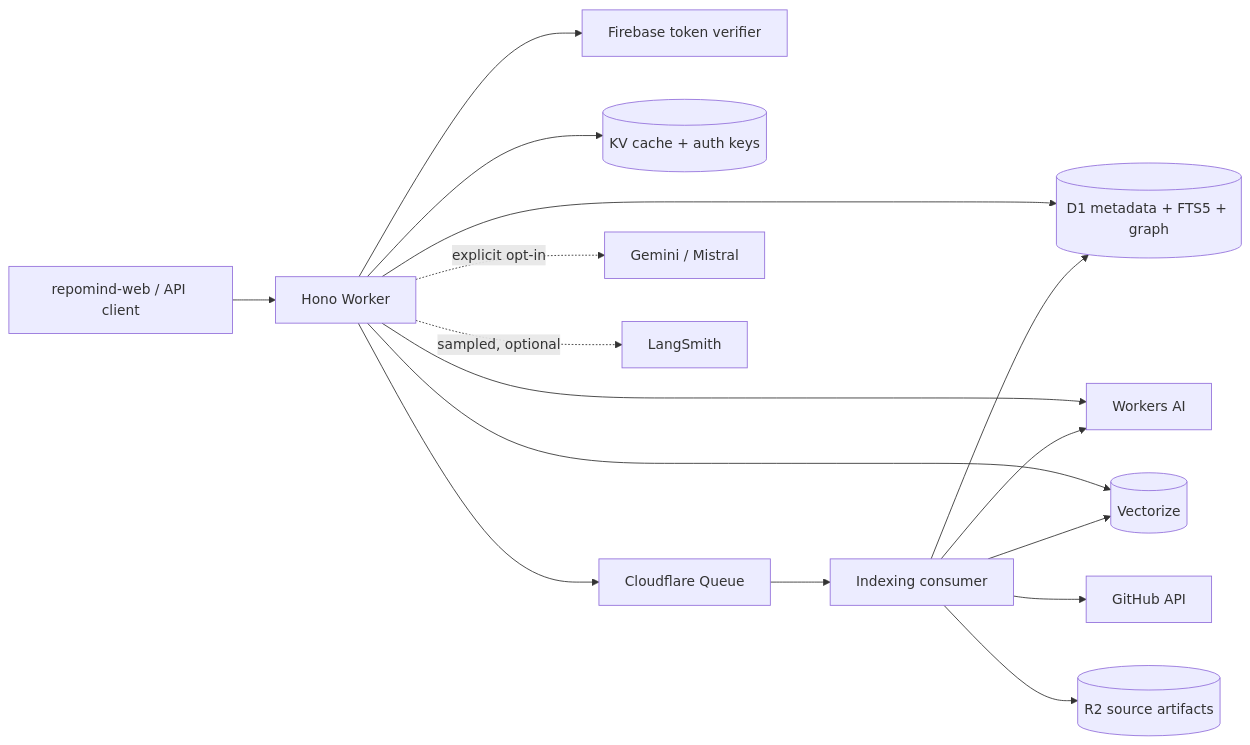
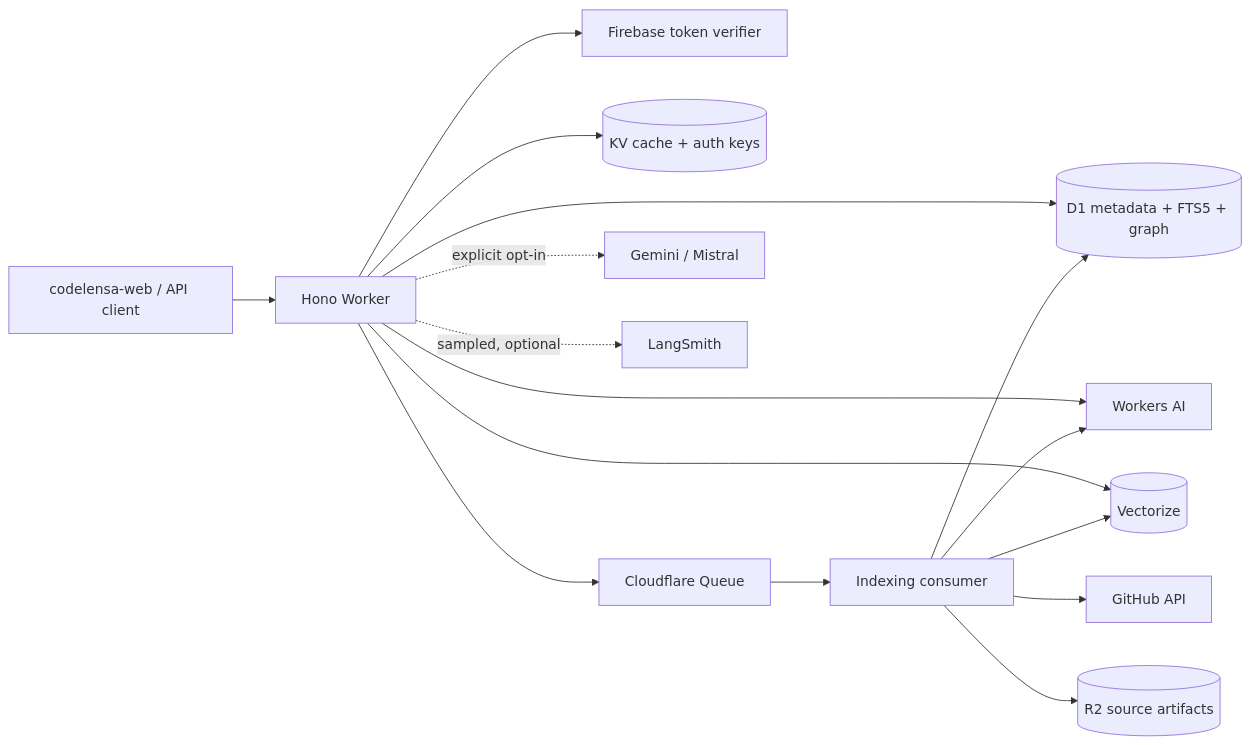
The first of 4 diagrams in README.md (muhdlubega/repomind-core), drawn with Mermaid before and after one commit. The commit also changed other lines of this file and 17 other files, not shown here.

````diff
--- a/README.md
+++ b/README.md
@@ -9,18 +9,18 @@
 ```mermaid
 flowchart LR
-  Web[repomind-web / API client] --> Worker[Hono Worker]
+  Web[codelensa-web / API client] --> Worker[Hono Worker]
   Worker --> Auth[Firebase token verifier]
   Worker --> D1[(D1 metadata + FTS5 + graph)]
   Worker --> KV[(KV cache + auth keys)]
   Worker --> AI[Workers AI]
   Worker --> V[(Vectorize)]
   Worker --> Q[Cloudflare Queue]
   Q --> Ingest[Indexing consumer]
   Ingest --> GH[GitHub API]
   Ingest --> R2[(R2 source artifacts)]
   Ingest --> D1
   Ingest --> AI
   Ingest --> V
   Worker -. explicit opt-in .-> External[Gemini / Mistral]
   Worker -. sampled, optional .-> LS[LangSmith]
 ```
````
